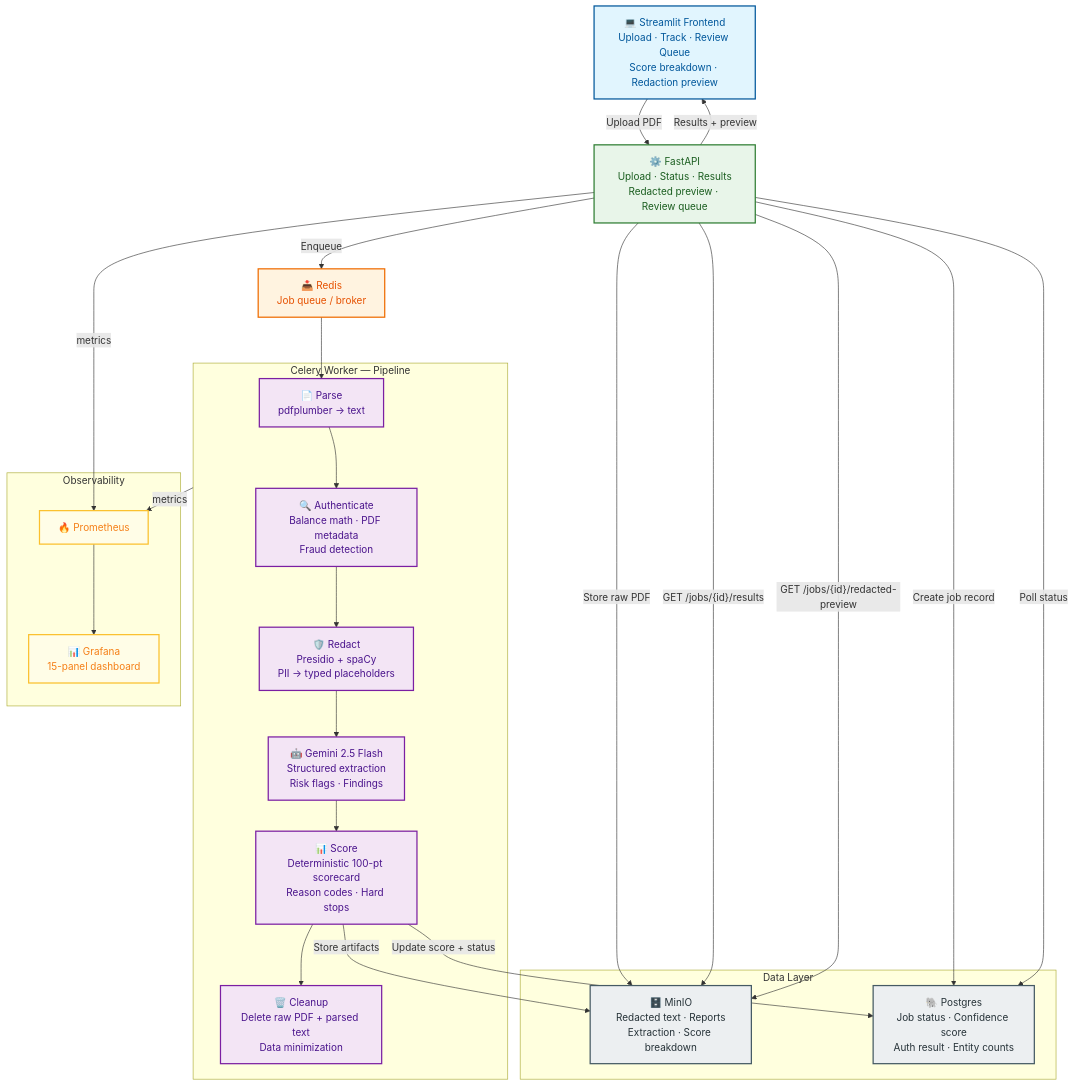
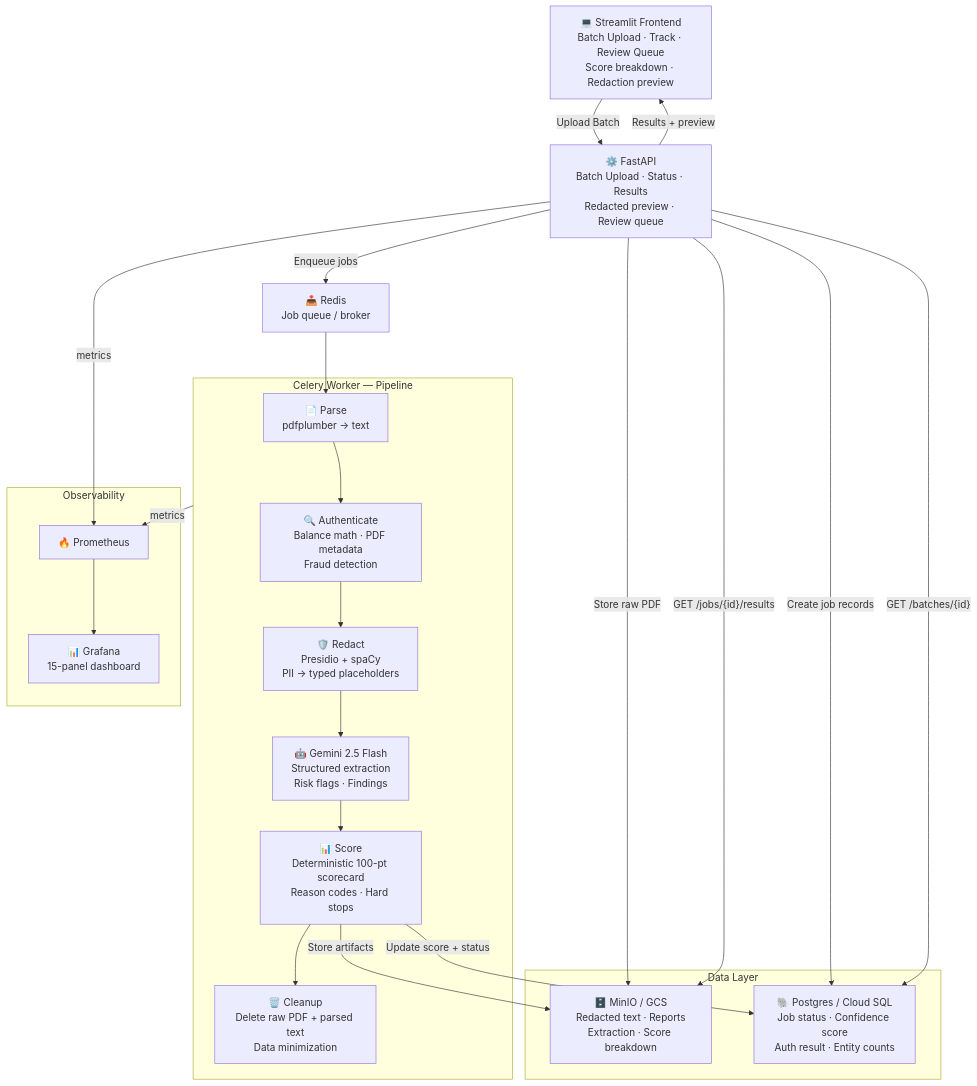
The diagram in README.md (NSF-DARSE/sentinel-nextgenai-execution-layer), drawn with Mermaid before and after one commit. The commit also changed other lines of this file and 14 other files, not shown here.

Commit message:
feat: industry-ready batch pipeline with Vertex AI, GCS, and automated deployment

````diff
--- a/README.md
+++ b/README.md
@@ -180,66 +152,50 @@
 ```mermaid
 graph TD
     %% Frontend
-    UI["💻 Streamlit Frontend<br/>Upload · Track · Review Queue<br/>Score breakdown · Redaction preview"]
+    UI["💻 Streamlit Frontend<br/>Batch Upload · Track · Review Queue<br/>Score breakdown · Redaction preview"]
 
     %% API
-    API["⚙️ FastAPI<br/>Upload · Status · Results<br/>Redacted preview · Review queue"]
+    API["⚙️ FastAPI<br/>Batch Upload · Status · Results<br/>Redacted preview · Review queue"]
 
     %% Queue
     Q["📥 Redis<br/>Job queue / broker"]
 
     %% Pipeline steps
     subgraph PIPELINE [Celery Worker — Pipeline]
         P1["📄 Parse<br/>pdfplumber → text"]
         P2["🔍 Authenticate<br/>Balance math · PDF metadata<br/>Fraud detection"]
         P3["🛡️ Redact<br/>Presidio + spaCy<br/>PII → typed placeholders"]
         P4["🤖 Gemini 2.5 Flash<br/>Structured extraction<br/>Risk flags · Findings"]
         P5["📊 Score<br/>Deterministic 100-pt scorecard<br/>Reason codes · Hard stops"]
         P6["🗑️ Cleanup<br/>Delete raw PDF + parsed text<br/>Data minimization"]
         P1 --> P2 --> P3 --> P4 --> P5 --> P6
     end
 
     %% Data layer
     subgraph DATA [Data Layer]
-        S3["🗄️ MinIO<br/>Redacted text · Reports<br/>Extraction · Score breakdown"]
-        PG["🐘 Postgres<br/>Job status · Confidence score<br/>Auth result · Entity counts"]
+        S3["🗄️ MinIO / GCS<br/>Redacted text · Reports<br/>Extraction · Score breakdown"]
+        PG["🐘 Postgres / Cloud SQL<br/>Job status · Confidence score<br/>Auth result · Entity counts"]
     end
 
     %% Observability
     subgraph OBS [Observability]
         PROM["🔥 Prometheus"]
         GRAF["📊 Grafana<br/>15-panel dashboard"]
     end
 
     %% Flow
-    UI -->|"Upload PDF"| API
+    UI -->|"Upload Batch"| API
     API -->|"Store raw PDF"| S3
-    API -->|"Create job record"| PG
-    API -->|"Enqueue"| Q
+    API -->|"Create job records"| PG
+    API -->|"Enqueue jobs"| Q
     Q --> P1
     P5 -->|"Store artifacts"| S3
     P5 -->|"Update score + status"| PG
+    API -->|"GET /batches/{id}"| PG
     API -->|"GET /jobs/{id}/results"| S3
-    API -->|"GET /jobs/{id}/redacted-preview"| S3
-    API -->|"Poll status"| PG
     API -->|"Results + preview"| UI
 
     API -->|metrics| PROM
     PIPELINE -->|metrics| PROM
     PROM --> GRAF
-
-    %% Styling
-    classDef ui fill:#e1f5fe,stroke:#01579b,stroke-width:2px,color:#01579b;
-    classDef api fill:#e8f5e9,stroke:#2e7d32,stroke-width:2px,color:#1b5e20;
-    classDef queue fill:#fff3e0,stroke:#ef6c00,stroke-width:2px,color:#e65100;
-    classDef pipeline fill:#f3e5f5,stroke:#7b1fa2,stroke-width:2px,color:#4a148c;
-    classDef data fill:#eceff1,stroke:#455a64,stroke-width:2px,color:#263238;
-    classDef obs fill:#fffde7,stroke:#fbc02d,stroke-width:2px,color:#f57f17;
-
-    class UI ui;
-    class API api;
-    class Q queue;
-    class P1,P2,P3,P4,P5,P6 pipeline;
-    class S3,PG data;
-    class PROM,GRAF obs;
 ```
````
